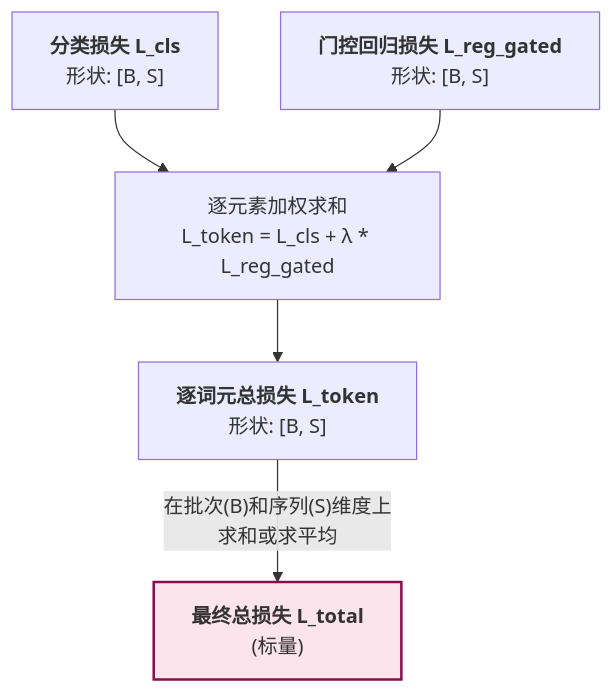
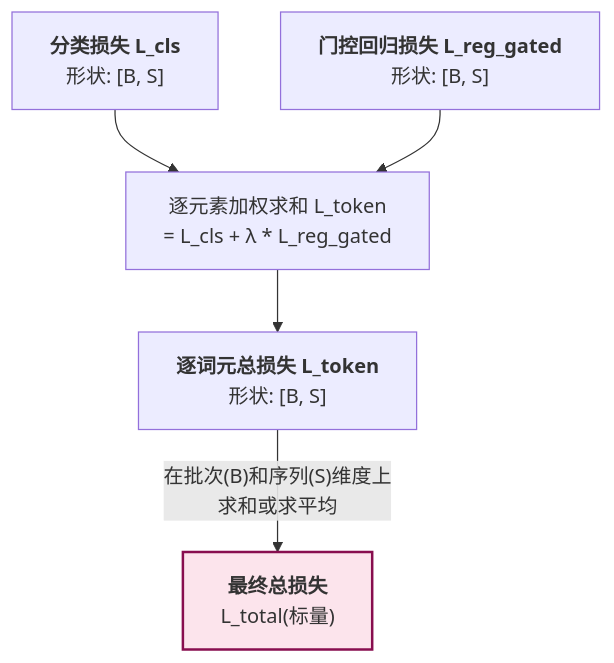
Before and after one commit to 1587causalai/CausalQwen: the eighth of 8 diagrams in docs/mathematical_foundations.md, drawn with Mermaid. The commit also changed other lines of this file and 1 other file, not shown here.

````diff
--- a/docs/mathematical_foundations.md
+++ b/docs/mathematical_foundations.md
@@ -520,15 +520,15 @@
 ```mermaid
 graph TD
     A["<b>分类损失 L_cls</b><br>形状: [B, S]"]
     B["<b>门控回归损失 L_reg_gated</b><br>形状: [B, S]"]
 
-    C[逐元素加权求和<br>L_token = L_cls + λ * L_reg_gated]
+    C[逐元素加权求和 L_token <br>= L_cls + λ * L_reg_gated]
     A & B --> C
     
     C --> D["<b>逐词元总损失 L_token</b><br>形状: [B, S]"]
     D -- "在批次(B)和序列(S)维度上<br>求和或求平均" --> E
 
-    E["<b>最终总损失 L_total</b><br>(标量)"]
+    E["<b>最终总损失</b><br> L_total(标量)"]
 
     style E fill:#fce4ec,stroke:#880e4f,stroke-width:2px
 ```
````
